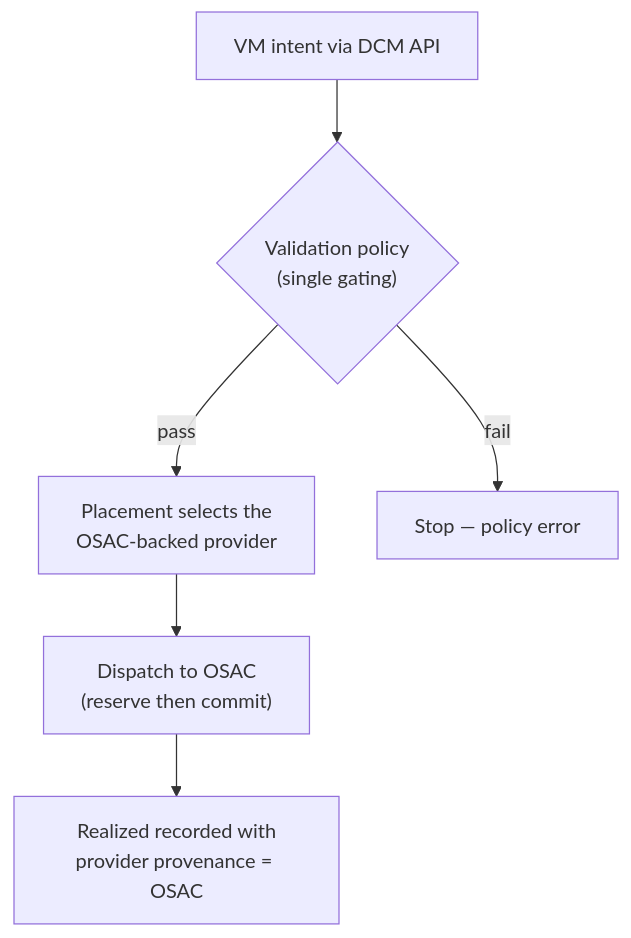
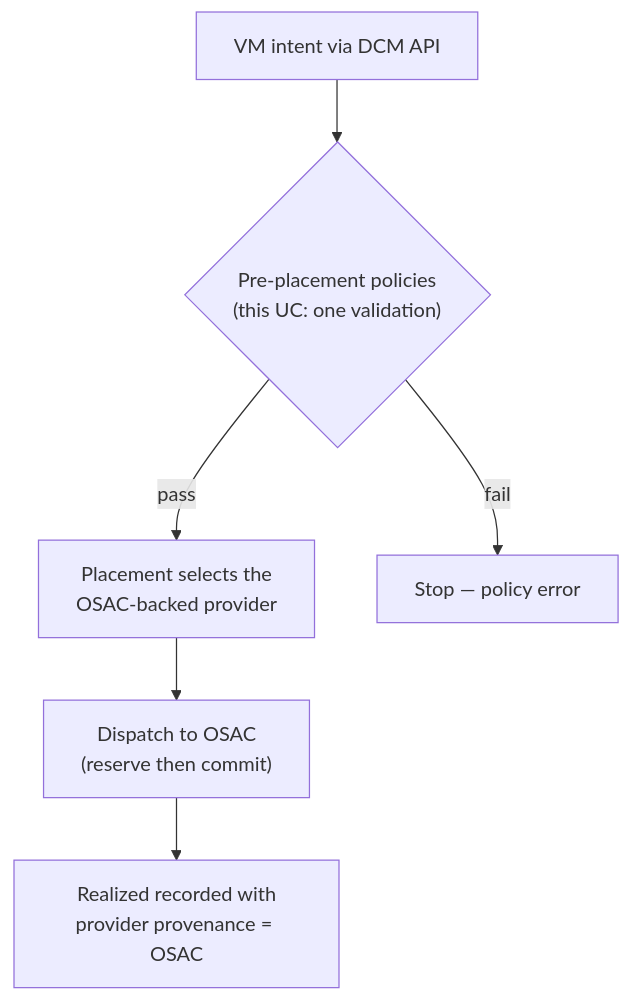
The diagram in docs/flows/uc-04-vm-intent-osac-placement.md (croadfeldt/udlm), drawn with Mermaid before and after one commit. The commit also changed other lines of this file, not shown here.

First line of the commit message:
uc-04 stage doc: policy count is scenario data, not architecture

````diff
--- a/docs/flows/uc-04-vm-intent-osac-placement.md
+++ b/docs/flows/uc-04-vm-intent-osac-placement.md
@@ -25,8 +25,8 @@
 ```mermaid
 flowchart TD
-  I["VM intent via DCM API"] --> V{"Validation policy<br/>(single gating)"}
+  I["VM intent via DCM API"] --> V{"Pre-placement policies<br/>(this UC: one validation)"}
   V -- pass --> P["Placement selects the<br/>OSAC-backed provider"]
   V -- fail --> X["Stop — policy error"]
   P --> D["Dispatch to OSAC<br/>(reserve then commit)"]
   D --> R["Realized recorded with<br/>provider provenance = OSAC"]
 ```
````
